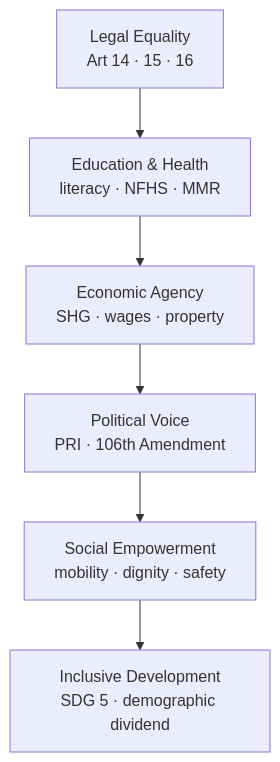
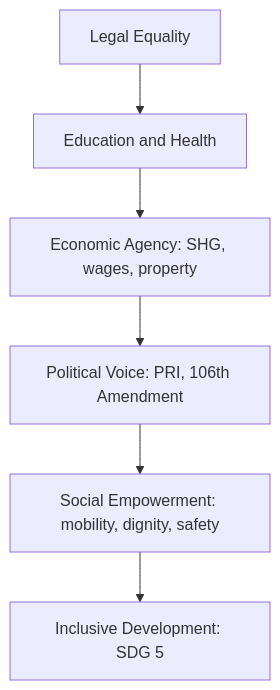
The diagram in mains-pyqs/GS-1/07_Society_Development/01_Women_Status_Organisations.md (nitishpratap/UP-PCS), drawn with Mermaid before and after one commit. The commit also changed other lines of this file and 97 other files, not shown here.

````diff
--- a/mains-pyqs/GS-1/07_Society_Development/01_Women_Status_Organisations.md
+++ b/mains-pyqs/GS-1/07_Society_Development/01_Women_Status_Organisations.md
@@ -106,8 +93,8 @@
 ```mermaid
 flowchart TD
-  L[Legal Equality<br/>Art 14 · 15 · 16] --> E[Education & Health<br/>literacy · NFHS · MMR]
-  E --> EC[Economic Agency<br/>SHG · wages · property]
-  EC --> P[Political Voice<br/>PRI · 106th Amendment]
-  P --> S[Social Empowerment<br/>mobility · dignity · safety]
-  S --> ID[Inclusive Development<br/>SDG 5 · demographic dividend]
+  L[Legal Equality] --> E[Education and Health]
+  E --> EC[Economic Agency: SHG, wages, property]
+  EC --> P[Political Voice: PRI, 106th Amendment]
+  P --> S[Social Empowerment: mobility, dignity, safety]
+  S --> ID[Inclusive Development: SDG 5]
 ```
````
